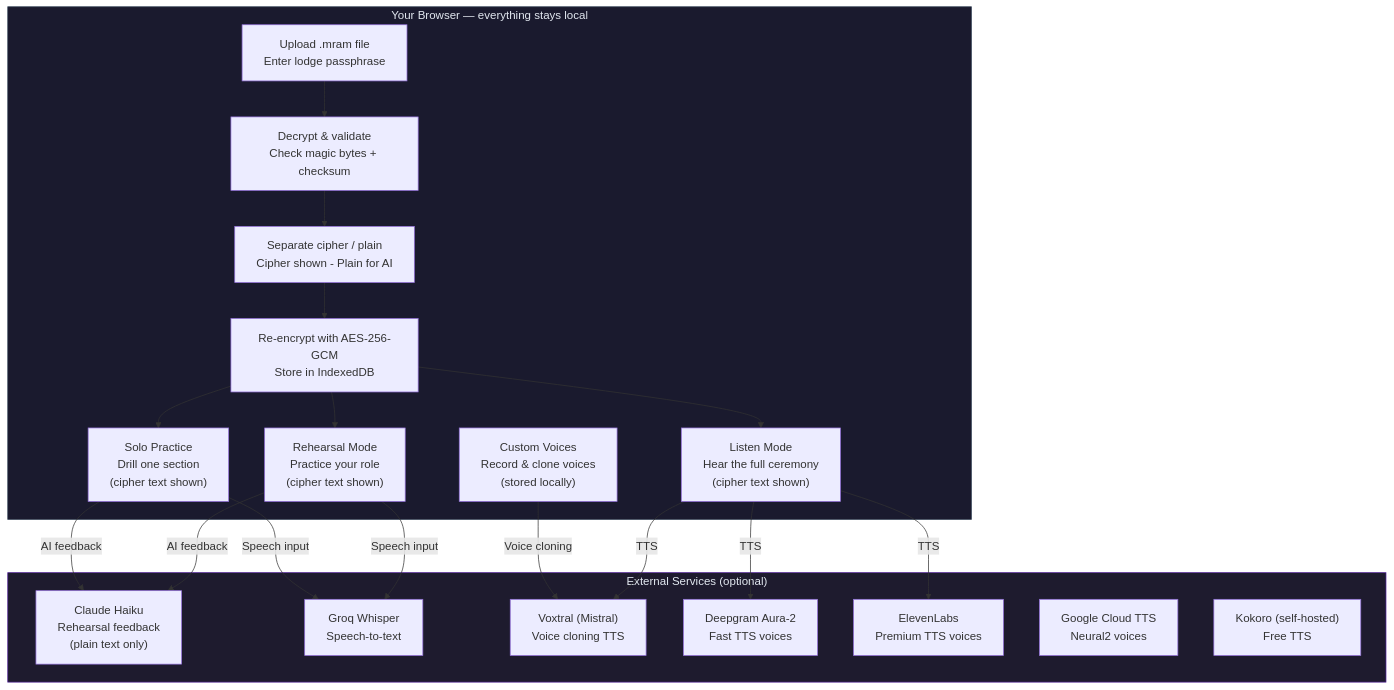
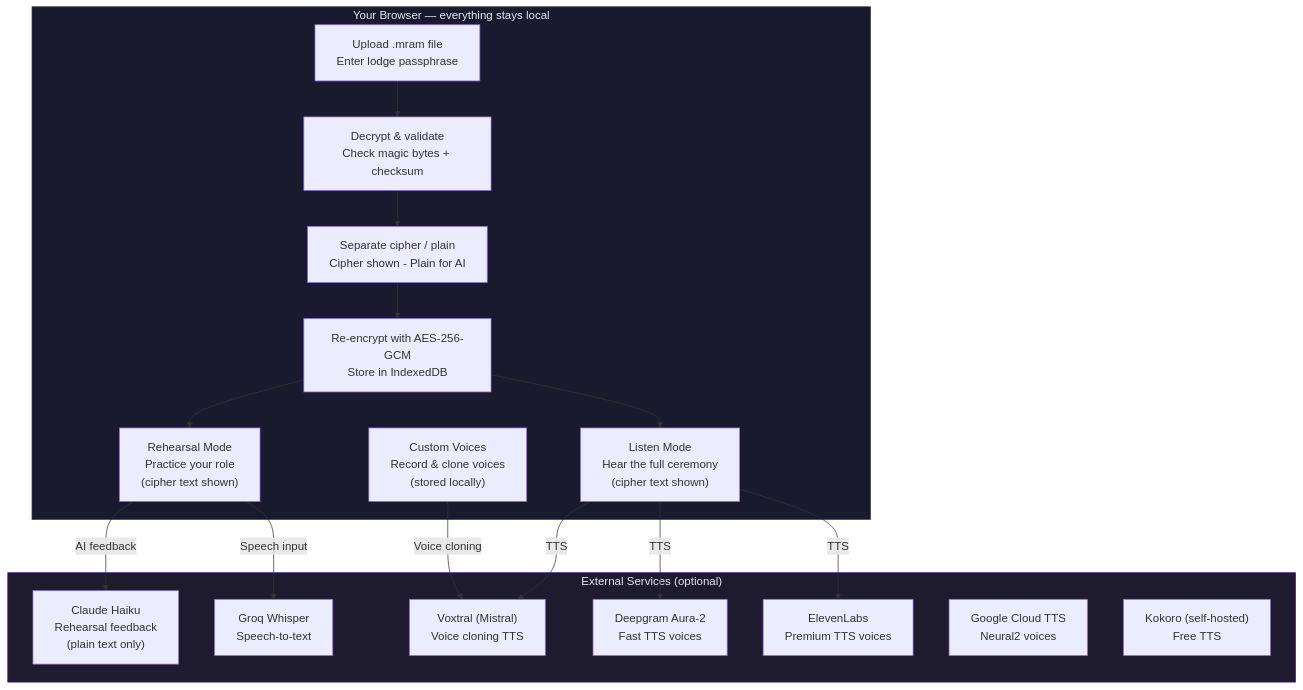
The diagram in README.md (mcleods777/Masonic-Ritual-AI-Mentor), drawn with Mermaid before and after one commit. The commit also changed other lines of this file and 2 other files, not shown here.

First line of the commit message:
chore: delete Solo Practice mode cleanly (#37)

````diff
--- a/README.md
+++ b/README.md
@@ -11,40 +11,36 @@
 ```mermaid
 flowchart TB
     subgraph Browser["Your Browser — everything stays local"]
         Upload["Upload .mram file\nEnter lodge passphrase"]
         Decrypt["Decrypt & validate\nCheck magic bytes + checksum"]
         Split["Separate cipher / plain\nCipher shown - Plain for AI"]
         Encrypt["Re-encrypt with AES-256-GCM\nStore in IndexedDB"]
         Upload --> Decrypt --> Split --> Encrypt
 
-        Solo["Solo Practice\nDrill one section\n(cipher text shown)"]
         Listen["Listen Mode\nHear the full ceremony\n(cipher text shown)"]
         Rehearsal["Rehearsal Mode\nPractice your role\n(cipher text shown)"]
         Voices["Custom Voices\nRecord & clone voices\n(stored locally)"]
-        Encrypt --> Solo
         Encrypt --> Listen
         Encrypt --> Rehearsal
     end
 
     subgraph External["External Services (optional)"]
         Claude["Claude Haiku\nRehearsal feedback\n(plain text only)"]
         Whisper["Groq Whisper\nSpeech-to-text"]
         Voxtral["Voxtral (Mistral)\nVoice cloning TTS"]
         Deepgram["Deepgram Aura-2\nFast TTS voices"]
         Eleven["ElevenLabs\nPremium TTS voices"]
         Google["Google Cloud TTS\nNeural2 voices"]
         Kokoro["Kokoro (self-hosted)\nFree TTS"]
     end
 
-    Solo -->|"AI feedback"| Claude
     Rehearsal -->|"AI feedback"| Claude
-    Solo -->|"Speech input"| Whisper
     Rehearsal -->|"Speech input"| Whisper
     Voices -->|"Voice cloning"| Voxtral
     Listen -->|"TTS"| Voxtral
     Listen -->|"TTS"| Deepgram
     Listen -->|"TTS"| Eleven
 
     style Browser fill:#1a1a2e,stroke:#334155,color:#e2e8f0
     style External fill:#1e1b2e,stroke:#4c1d95,color:#e2e8f0
 ```
````
